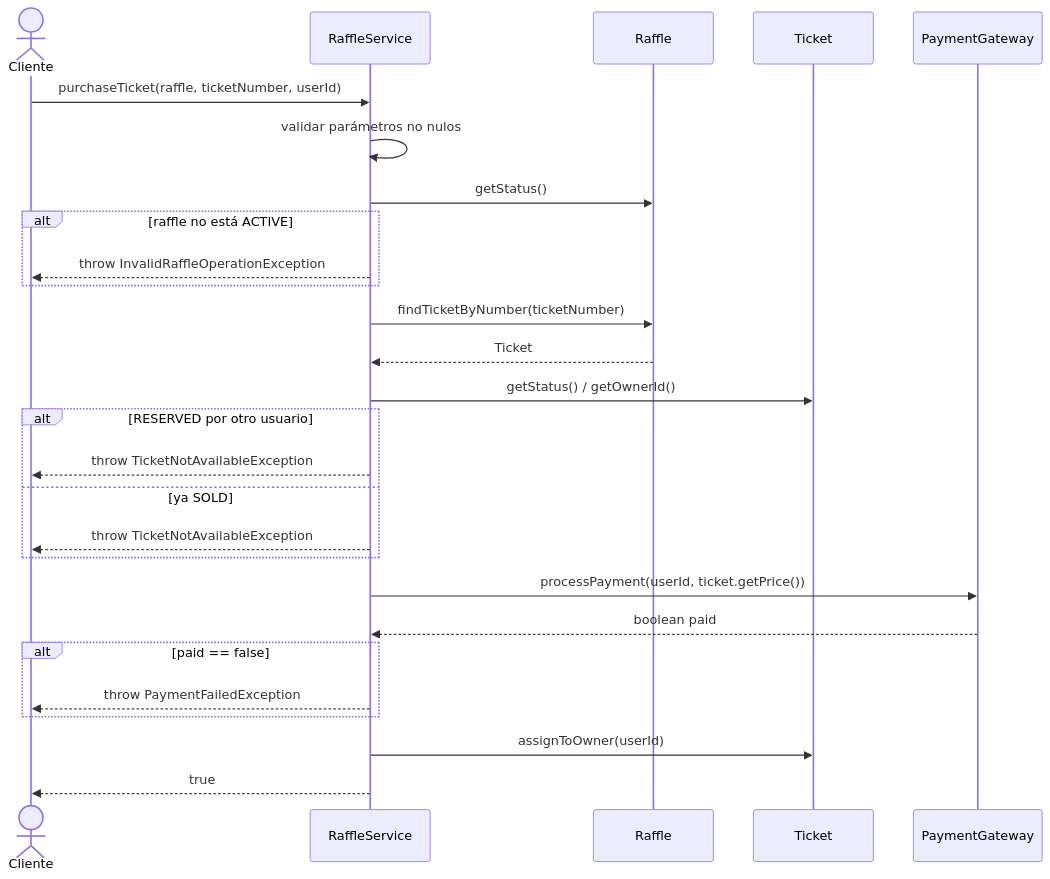
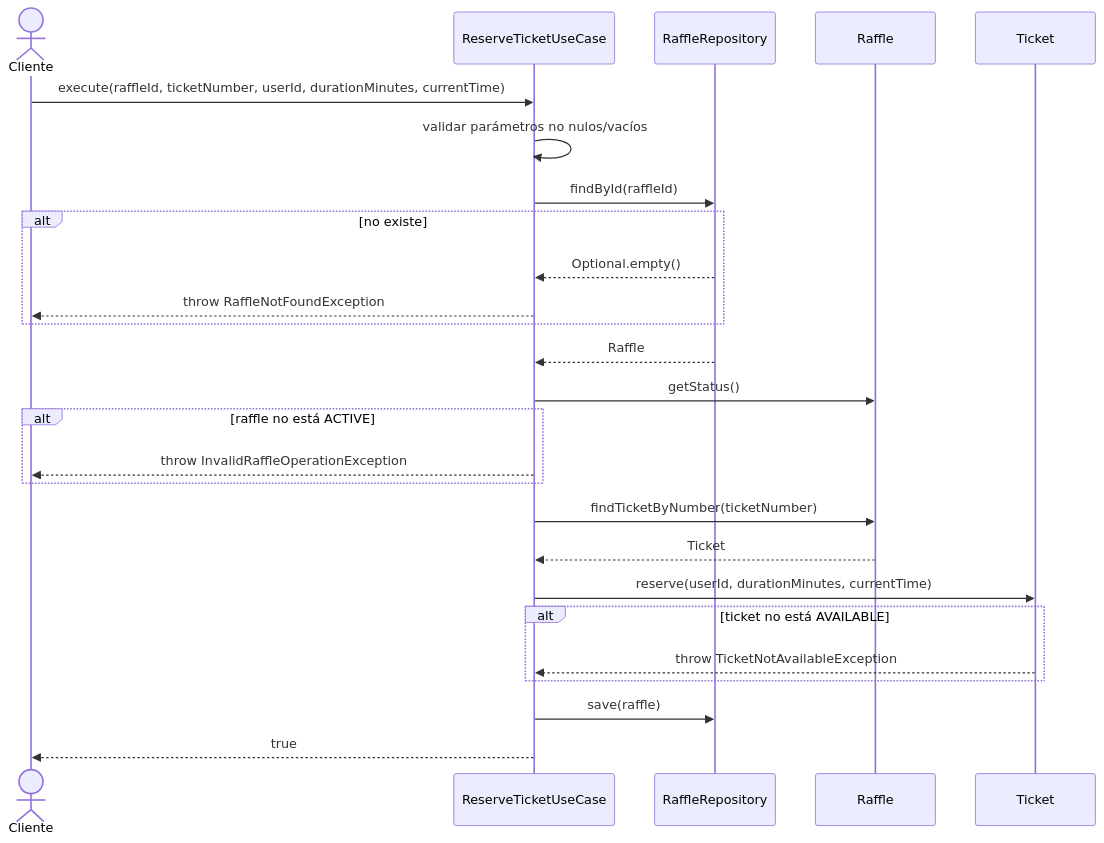
The sixth of 9 diagrams in README.md (D-Araya/ClickTuCasa), drawn with Mermaid before and after one commit. The commit also changed other lines of this file and 48 other files, not shown here.

````diff
--- a/README.md
+++ b/README.md
@@ -337,30 +555,29 @@
 ```mermaid
 sequenceDiagram
     actor Cliente
-    participant RS as RaffleService
+    participant UC as ReserveTicketUseCase
+    participant Repo as RaffleRepository
     participant R as Raffle
     participant T as Ticket
-    participant PG as PaymentGateway
 
-    Cliente->>RS: purchaseTicket(raffle, ticketNumber, userId)
-    RS->>RS: validar parámetros no nulos
-    RS->>R: getStatus()
+    Cliente->>UC: execute(raffleId, ticketNumber, userId, durationMinutes, currentTime)
+    UC->>UC: validar parámetros no nulos/vacíos
+    UC->>Repo: findById(raffleId)
+    alt no existe
+        Repo-->>UC: Optional.empty()
+        UC-->>Cliente: throw RaffleNotFoundException
+    end
+    Repo-->>UC: Raffle
+    UC->>R: getStatus()
     alt raffle no está ACTIVE
-        RS-->>Cliente: throw InvalidRaffleOperationException
+        UC-->>Cliente: throw InvalidRaffleOperationException
     end
-    RS->>R: findTicketByNumber(ticketNumber)
-    R-->>RS: Ticket
-    RS->>T: getStatus() / getOwnerId()
-    alt RESERVED por otro usuario
-        RS-->>Cliente: throw TicketNotAvailableException
-    else ya SOLD
-        RS-->>Cliente: throw TicketNotAvailableException
+    UC->>R: findTicketByNumber(ticketNumber)
+    R-->>UC: Ticket
+    UC->>T: reserve(userId, durationMinutes, currentTime)
+    alt ticket no está AVAILABLE
+        T-->>UC: throw TicketNotAvailableException
     end
-    RS->>PG: processPayment(userId, ticket.getPrice())
-    PG-->>RS: boolean paid
-    alt paid == false
-        RS-->>Cliente: throw PaymentFailedException
-    end
-    RS->>T: assignToOwner(userId)
-    RS-->>Cliente: true
+    UC->>Repo: save(raffle)
+    UC-->>Cliente: true
 ```
````
